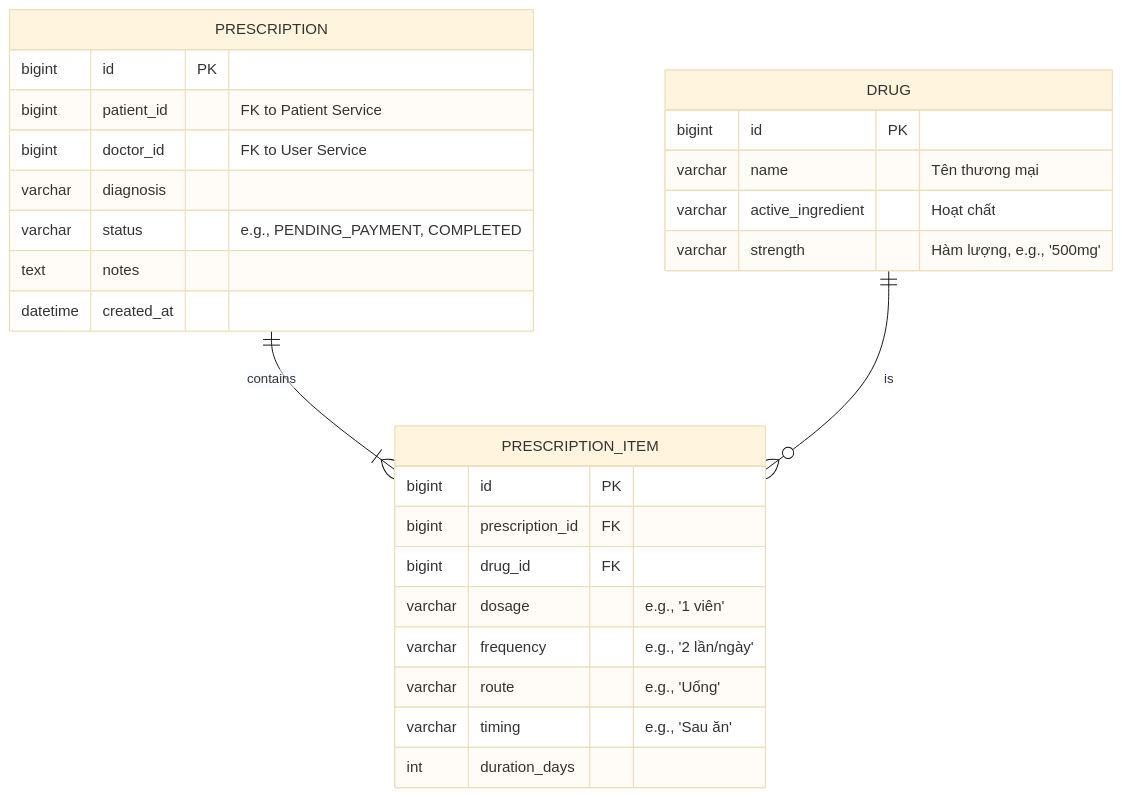
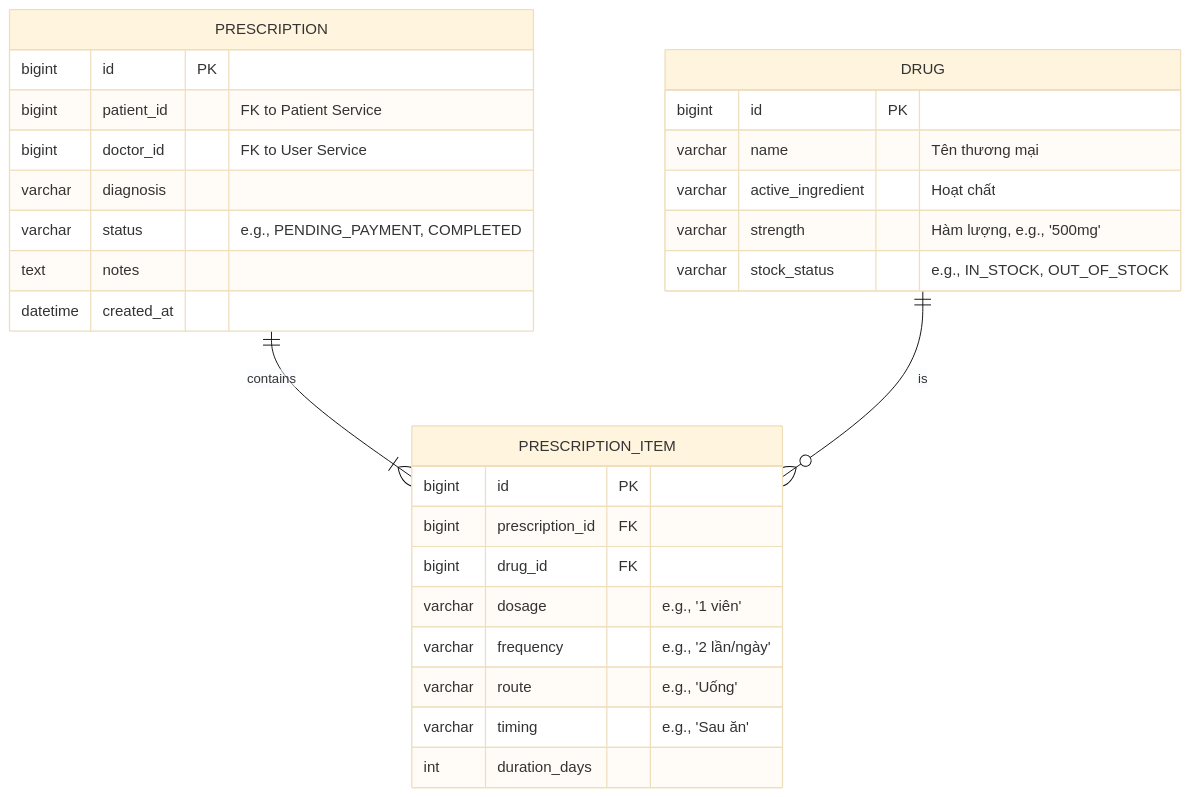
One commit to smart-healthcare-platform/smart-health-backend changed the second of 2 diagrams in medicine/README.md. Above: the diagram before and after it, drawn with Mermaid (base theme). The commit also changed other lines of this file, not shown here.

````diff
--- a/medicine/README.md
+++ b/medicine/README.md
@@ -173,34 +153,35 @@
 ```mermaid
 erDiagram
     PRESCRIPTION {
         bigint id PK
         bigint patient_id "FK to Patient Service"
         bigint doctor_id "FK to User Service"
         varchar diagnosis
         varchar status "e.g., PENDING_PAYMENT, COMPLETED"
         text notes
         datetime created_at
     }
 
     PRESCRIPTION_ITEM {
         bigint id PK
         bigint prescription_id FK
         bigint drug_id FK
         varchar dosage "e.g., '1 viên'"
         varchar frequency "e.g., '2 lần/ngày'"
         varchar route "e.g., 'Uống'"
         varchar timing "e.g., 'Sau ăn'"
         int duration_days
     }
 
     DRUG {
         bigint id PK
         varchar name "Tên thương mại"
         varchar active_ingredient "Hoạt chất"
         varchar strength "Hàm lượng, e.g., '500mg'"
+        varchar stock_status "e.g., IN_STOCK, OUT_OF_STOCK"
     }
 
     PRESCRIPTION ||--|{ PRESCRIPTION_ITEM : "contains"
     DRUG         ||--o{ PRESCRIPTION_ITEM : "is"
 
 ```
````
